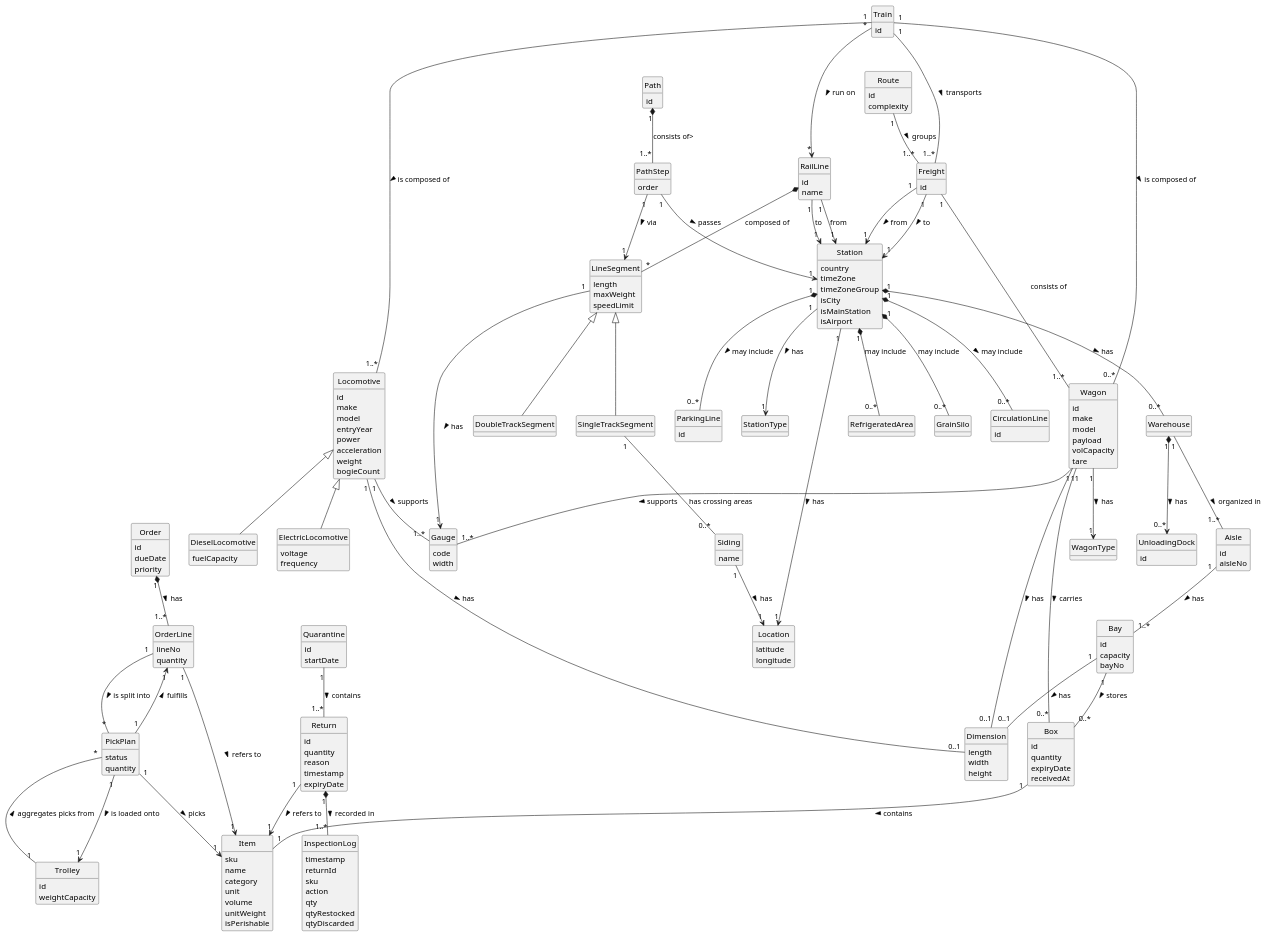
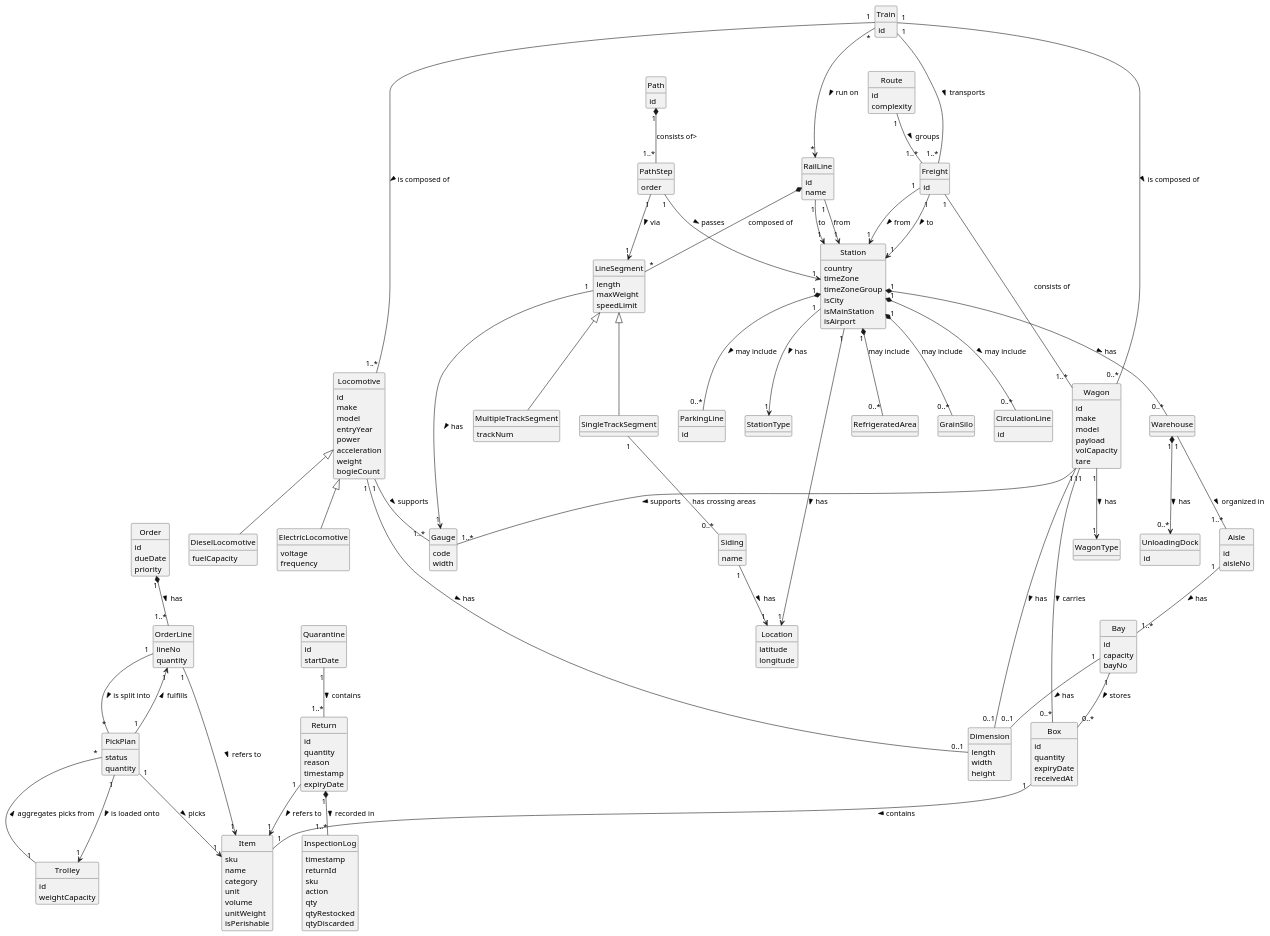
One commit to bruno-monteiro5/sem3-pi-25.26-g164-repository changed the diagram in docs/system-documentation/global-artifacts/analysis/DM/puml/DM.puml. Above: the diagram before and after it, drawn with PlantUML. The commit also changed 1 other file, not shown here.

```diff
--- a/docs/system-documentation/global-artifacts/analysis/DM/puml/DM.puml
+++ b/docs/system-documentation/global-artifacts/analysis/DM/puml/DM.puml
@@ -21,7 +21,8 @@
 class SingleTrackSegment extends LineSegment {
 }
 
-class DoubleTrackSegment extends LineSegment {
+class MultipleTrackSegment extends LineSegment {
+    trackNum
 }
 
 class Siding {
@@ -248,7 +249,7 @@
 Siding "1" --> "1" Location : has >
 Wagon "1" --> "1" WagonType : has >
 Station "1" --> "1" StationType : has >
-Station "1" *-- "0..*" Warehouse        : has >
+Station "1" *-- "0..*" Warehouse : has >
 Warehouse "1" *--> "0..*" UnloadingDock  : has >
 Locomotive "1" -- "1..*" Gauge : supports >
 Wagon      "1" -- "1..*" Gauge : supports >
```
